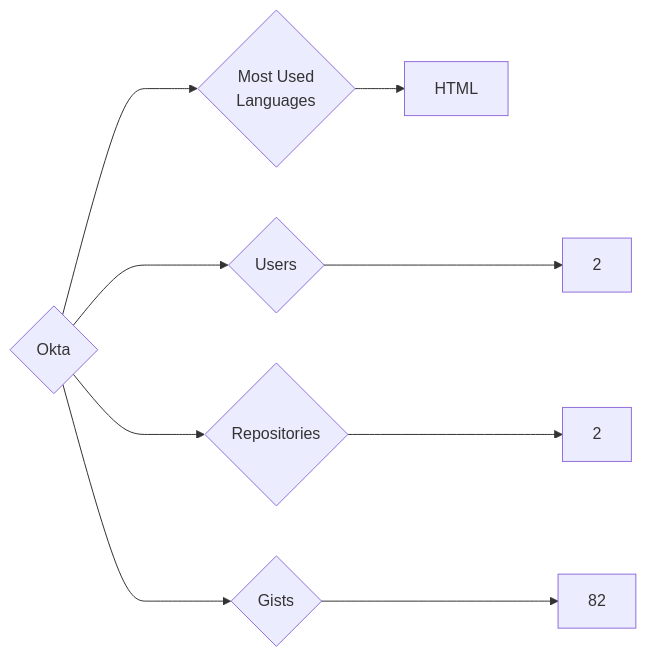
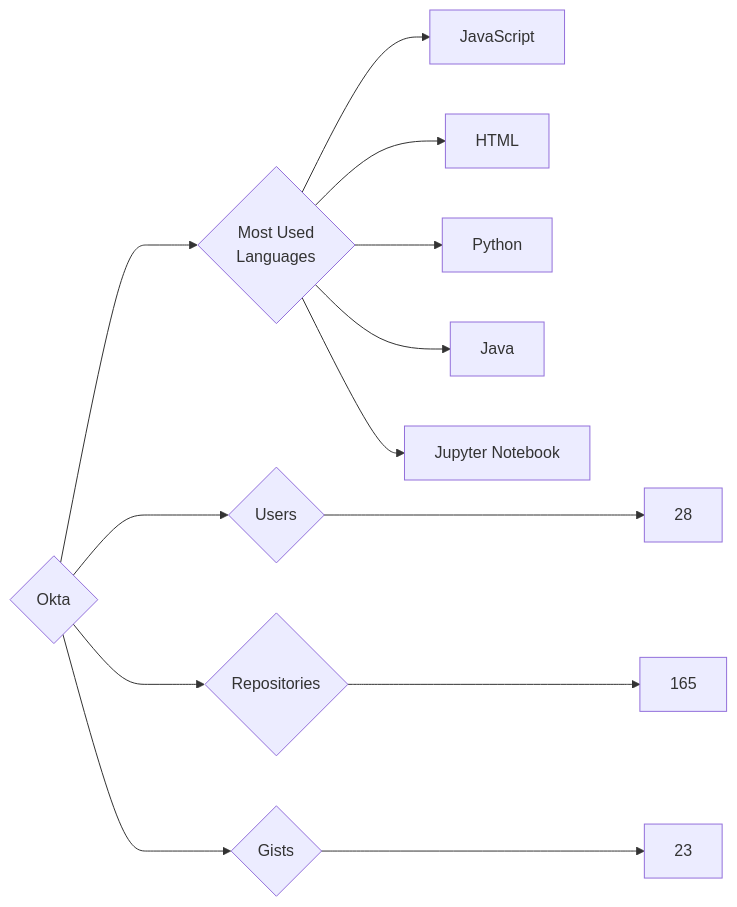
Before and after one commit to trickest/insiders: the diagram in targets/Okta/README.md, drawn with Mermaid. The commit also changed 748 other files, not shown here.

````diff
--- a/targets/Okta/README.md
+++ b/targets/Okta/README.md
@@ -3,9 +3,13 @@
 ```mermaid
 graph LR
 COMPANY_NAME{Okta}
-COMPANY_NAME ---> U{Users} ---> UN[2]
-COMPANY_NAME ---> R{Repositories} ---> RN[2]
-COMPANY_NAME ---> G{Gists} ---> GN[82]
+COMPANY_NAME ---> U{Users} ---> UN[28]
+COMPANY_NAME ---> R{Repositories} ---> RN[165]
+COMPANY_NAME ---> G{Gists} ---> GN[23]
 COMPANY_NAME ---> ML{Most Used<br>Languages}
+ML --> JavaScript[JavaScript]
 ML --> HTML[HTML]
+ML --> Python[Python]
+ML --> Java[Java]
+ML --> Jupyter_Notebook[Jupyter Notebook]
 ```
````
